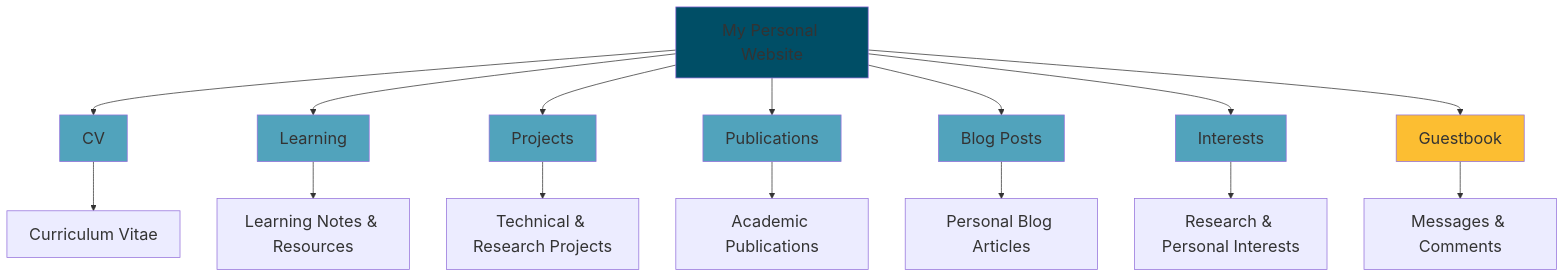
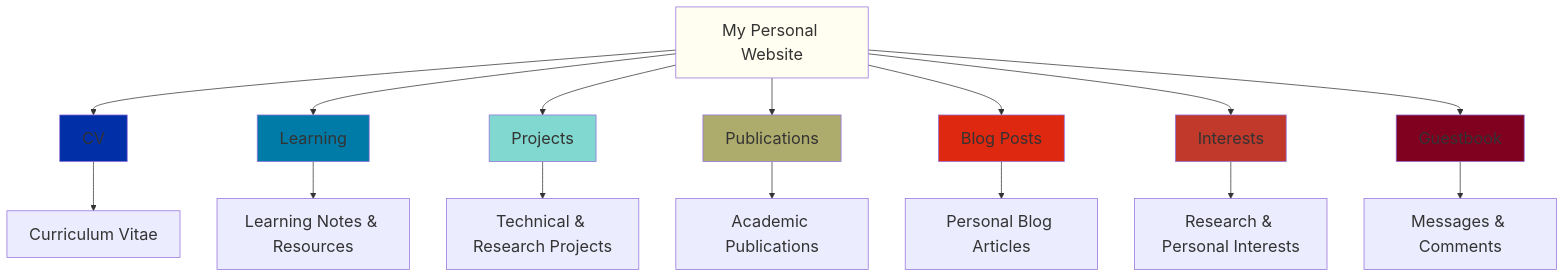
The diagram in _pages/about.md (Anthony-Li-Anran/Anthony-Li-Anran.github.io), drawn with Mermaid before and after one commit.

Commit message:
Update Mermaid diagram color scheme with classic colors

````diff
--- a/_pages/about.md
+++ b/_pages/about.md
@@ -15,34 +15,34 @@
 ```mermaid
 ---
 config:
   theme: 'default'
   themeVariables:
     fontSize: '22px'
     fontFamily: 'Comic Sans MS'
 ---
 graph TD
     A[My Personal Website] --> B[CV]
     A --> C[Learning]
     A --> D[Projects]
     A --> E[Publications]
     A --> F[Blog Posts]
     A --> G[Interests]
     A --> H[Guestbook]
     
     B --> B1[Curriculum Vitae]
     C --> C1[Learning Notes & Resources]
     D --> D1[Technical & Research Projects]
     E --> E1[Academic Publications]
     F --> F1[Personal Blog Articles]
     G --> G1[Research & Personal Interests]
     H --> H1[Messages & Comments]
     
-    style A fill:#004E66
-    style B fill:#51A3BC
-    style C fill:#51A3BC
-    style D fill:#51A3BC
-    style E fill:#51A3BC
-    style F fill:#51A3BC
-    style G fill:#51A3BC
-    style H fill:#FCBE32
+    style A fill:#FFFEF0
+    style B fill:#002FA7
+    style C fill:#007BA7
+    style D fill:#81D8D0
+    style E fill:#ADAC6D
+    style F fill:#DE2910
+    style G fill:#C0392B
+    style H fill:#800020
 ```
````
